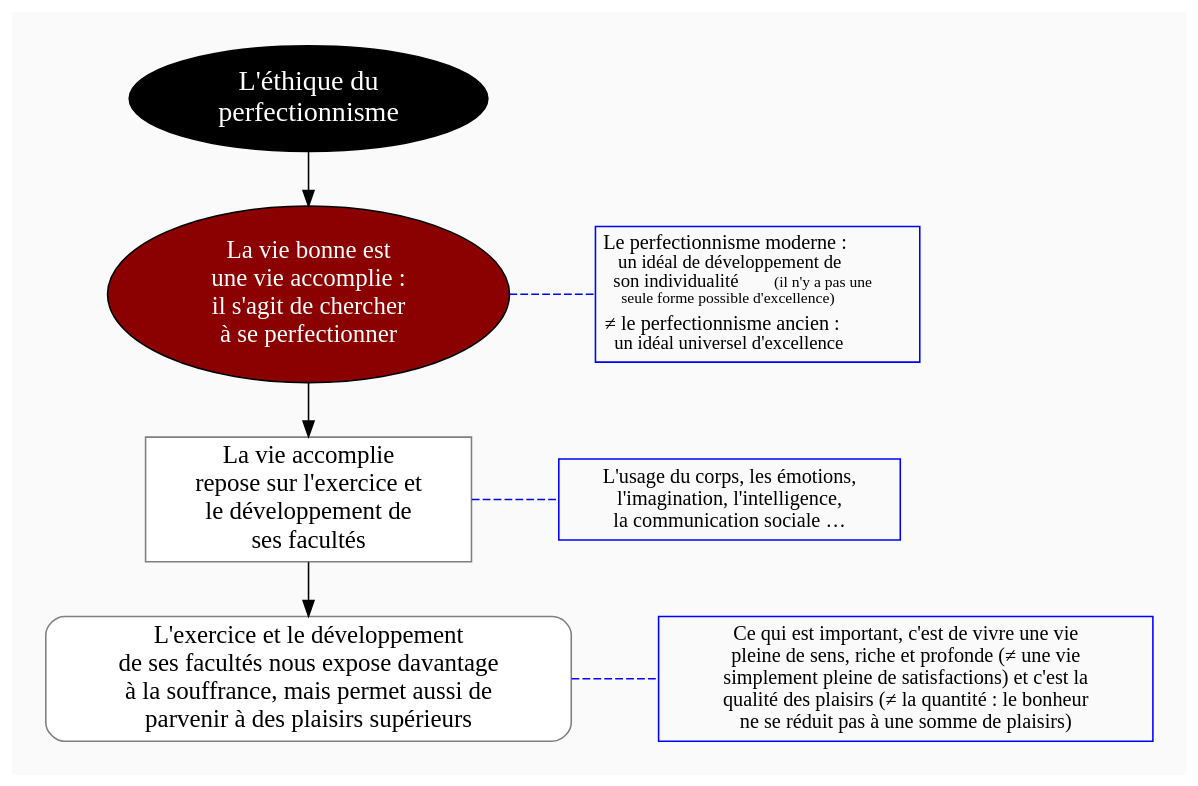
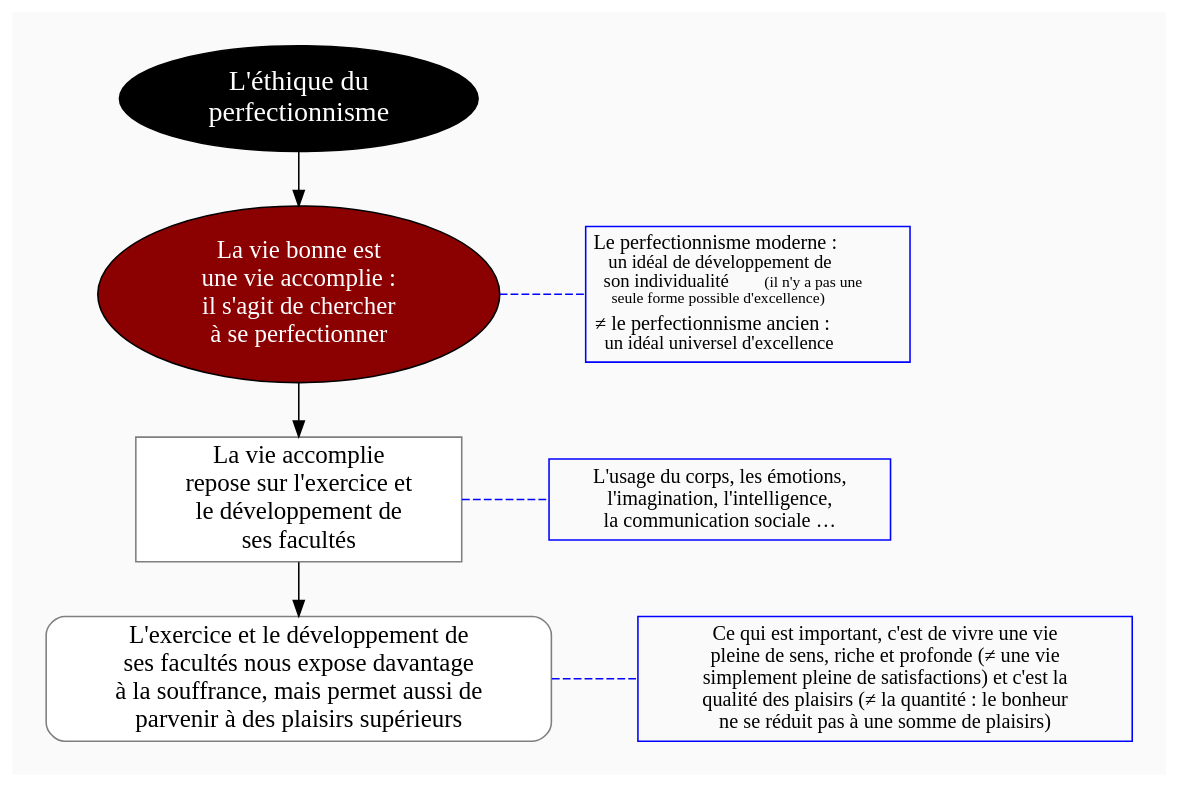
One commit to eyssette/graphviz-examples changed the diagram in diagram/perfectionnisme.dot. Above: the diagram before and after it, drawn with Graphviz.

```diff
--- a/diagram/perfectionnisme.dot
+++ b/diagram/perfectionnisme.dot
@@ -1,95 +1,95 @@
 digraph G {
 // Template : diagram
 // Usage : cours sur le bonheur et le désir
 // Référence : perfectionnisme moral
 
 //rankdir=LR
 splines=true
 //splines=curved
 bgcolor=grey98
 pad=0.3
 style=filled
 edge[minlen=4]
 ranksep=0.1
 nodesep=0.2 // valeur à changer ?
 
 // NIVEAU 1
 node[style=filled; fillcolor=12 ; fontcolor=white ; fontsize=18]
 // a1[label=""]
 a1[label="L'éthique du
 perfectionnisme"]
 
 
 // NIVEAU 2
 node[style=filled;fillcolor=red4;fontcolor=white; fontsize=16]
 // b1[label=""]
 a1->b1[headport=n]
 
 b1[label="La vie bonne est
 une vie accomplie :
 il s'agit de chercher
 à se perfectionner"]
 
 // NIVEAU 3 (sans intermédiaire)
 node [shape=box; style=filled;fillcolor=white;fontcolor=black;color=grey50]
 // c1[label=""]
 b1->c1
 c1[label="La vie accomplie
 repose sur l'exercice et
 le développement de
 ses facultés"]
 
 // INTERMEDIAIRE AVANT NIVEAU 3
 node[style=filled;fillcolor=grey78;shape=oval]
 // [arrowhead=none]
 // bc1[label=""]
 
 // NIVEAU 3 (avec intermédiaire)
 node[style="filled";fillcolor=white;shape=box;color=grey50]
 // c1[label=""]
 
 // NIVEAU 4
 node[style="filled, rounded";fillcolor=white;shape=box;color=grey50]
 // d1[label=""]
 c1->d1
-d1[label="L'exercice et le développement
-de ses facultés nous expose davantage
+d1[label="L'exercice et le développement de
+ses facultés nous expose davantage
 à la souffrance, mais permet aussi de
 parvenir à des plaisirs supérieurs"]
 
 // ETIQUETTES EN ROUGE
 node[shape=plaintext;fontcolor=firebrick3;fillcolor=grey98]
 // e1[label=< <B>= Titre</B><BR /><BR />Contenu<BR /> >]
 // e1[label=""]
 // ->e1[minlen=1;style=invis]
 
 
 // Remarques
 node[color=blue;shape=box;style=filled;margin=0.07;fontcolor=black;fontsize=13]
 edge[color=blue;arrowhead="none";xlabel="";style=dashed]
 // r1[label=""]
 // {rank=same;->r1}
 // {rank=same;r1->[dir=back]}
 
 {rank=same;b1->r1}
 {rank=same;c1->r2}
 {rank=same;d1->r3}
 
 r1[label=<Le perfectionnisme moderne :<br/>
 <font point-size="12">un idéal de développement de<br/>
 son individualité </font><font point-size="10">(il n'y a pas une<br/>
 seule forme possible d'excellence)</font><br/>
 <font point-size="5"><br/></font>
 ≠ le perfectionnisme ancien :<br/>
 <font point-size="12">un idéal universel d'excellence<br/></font>>]
 r2[label="L'usage du corps, les émotions,
 l'imagination, l'intelligence,
 la communication sociale …"]
 r3[label="Ce qui est important, c'est de vivre une vie
 pleine de sens, riche et profonde (≠ une vie
 simplement pleine de satisfactions) et c'est la
 qualité des plaisirs (≠ la quantité : le bonheur
 ne se réduit pas à une somme de plaisirs)"]
 
 
 }
```
